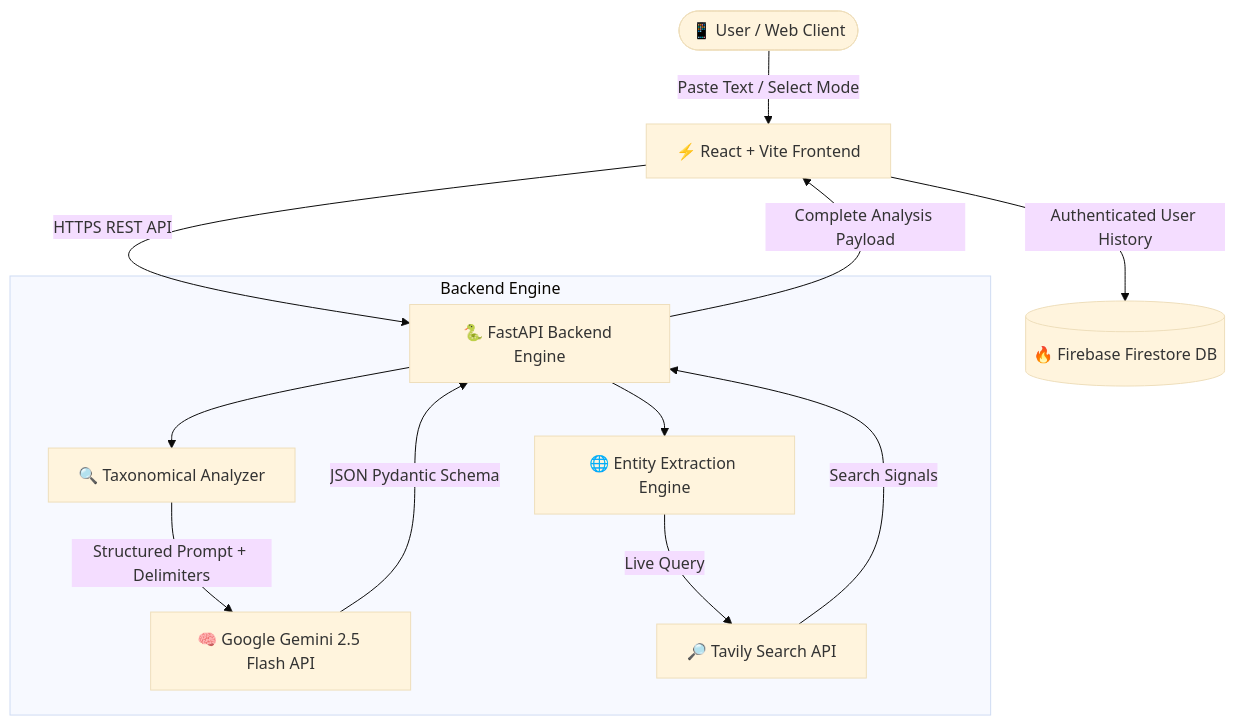
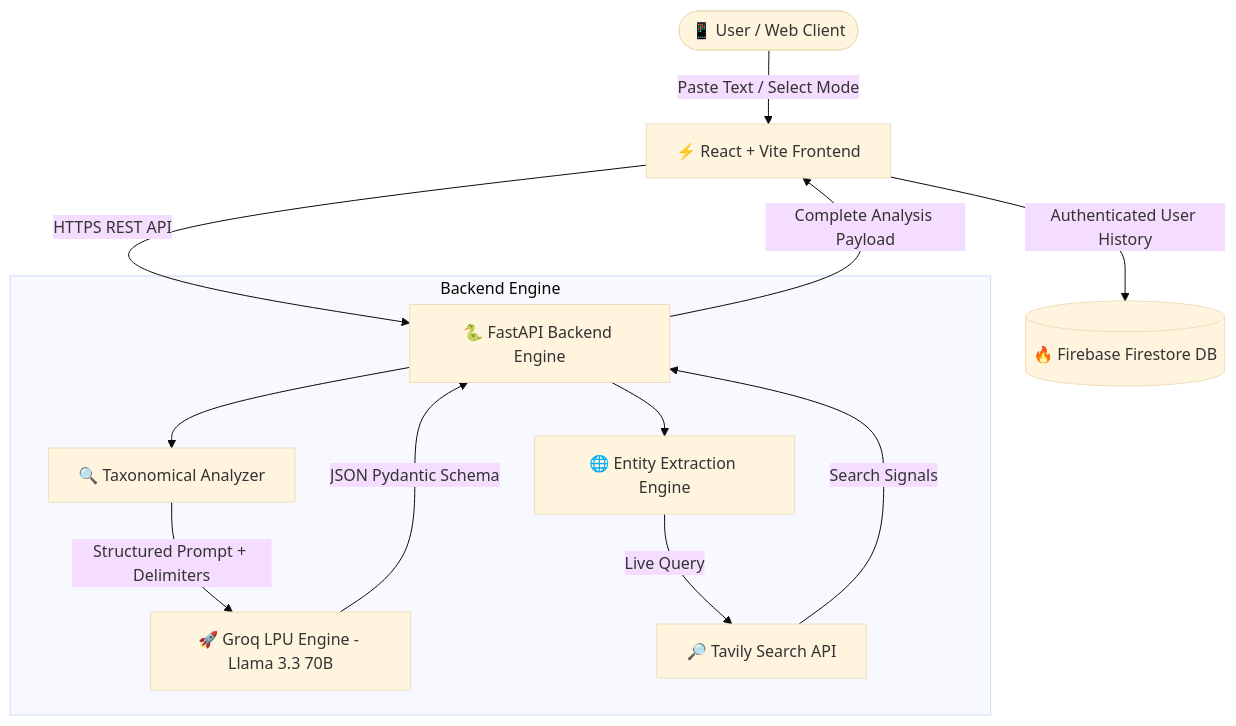
One commit to RajanSita/ClarityGuard changed the diagram in README.md. Above: the diagram before and after it, drawn with Mermaid (base theme). The commit also changed other lines of this file, not shown here.

Commit message:
docs: update AI engine reference and badge to Groq (Llama 3.3 70B)

````diff
--- a/README.md
+++ b/README.md
@@ -72,17 +72,17 @@
 ```mermaid
 flowchart TD
     User([📱 User / Web Client]) -->|Paste Text / Select Mode| Frontend[⚡ React + Vite Frontend]
     Frontend -->|HTTPS REST API| Backend[🐍 FastAPI Backend Engine]
     
     subgraph Backend Engine
         Backend --> Analyzer[🔍 Taxonomical Analyzer]
-        Analyzer -->|Structured Prompt + Delimiters| Gemini[🧠 Google Gemini 2.5 Flash API]
+        Analyzer -->|Structured Prompt + Delimiters| Groq[🚀 Groq LPU Engine - Llama 3.3 70B]
         Backend --> EntityExtractor[🌐 Entity Extraction Engine]
         EntityExtractor -->|Live Query| Tavily[🔎 Tavily Search API]
     end
     
-    Gemini -->|JSON Pydantic Schema| Backend
+    Groq -->|JSON Pydantic Schema| Backend
     Tavily -->|Search Signals| Backend
     Backend -->|Complete Analysis Payload| Frontend
     Frontend -->|Authenticated User History| Firebase[(🔥 Firebase Firestore DB)]
 ```
````
